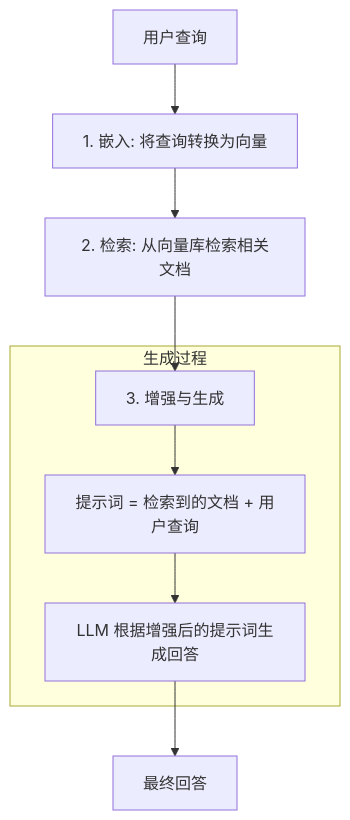
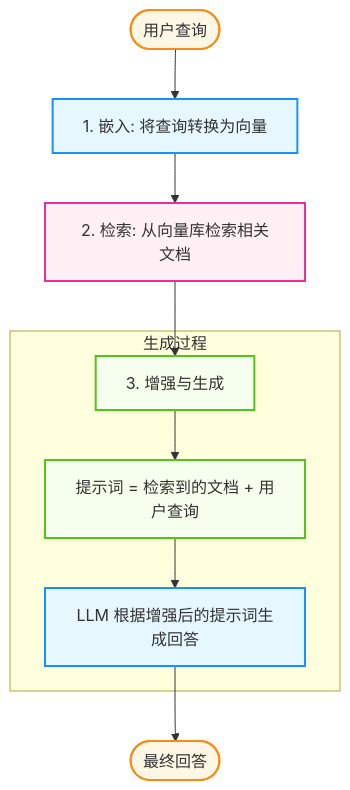
Before and after one commit to yeasy/agentic_ai_guide: the diagram in 03_memory/3.4_rag_advanced.md, drawn with Mermaid. The commit also changed 36 other files, not shown here.

````diff
--- a/03_memory/3.4_rag_advanced.md
+++ b/03_memory/3.4_rag_advanced.md
@@ -19,13 +19,24 @@
 ```mermaid
 graph TD
-    UserQuery["用户查询"] --> Embed["1. 嵌入: 将查询转换为向量"]
+    %% Agentic Design System
+    classDef user fill:#fff7e6,stroke:#fa8c16,stroke-width:2px;
+    classDef agent fill:#e6f7ff,stroke:#1890ff,stroke-width:2px;
+    classDef memory fill:#fff0f6,stroke:#eb2f96,stroke-width:2px;
+    classDef tool fill:#f6ffed,stroke:#52c41a,stroke-width:2px;
+
+    UserQuery(["用户查询"]) --> Embed["1. 嵌入: 将查询转换为向量"]
     Embed --> Retrieve["2. 检索: 从向量库检索相关文档"]
     Retrieve --> Augment["3. 增强与生成"]
     
     subgraph process ["生成过程"]
         Augment --> Prompt["提示词 = 检索到的文档 + 用户查询"]
         Prompt --> Generate["LLM 根据增强后的提示词生成回答"]
     end
     
-    Generate --> Answer["最终回答"]
+    Generate --> Answer(["最终回答"])
+    
+    class UserQuery,Answer user;
+    class Embed,Generate agent;
+    class Retrieve memory;
+    class Augment,Prompt tool;
 ```
````
